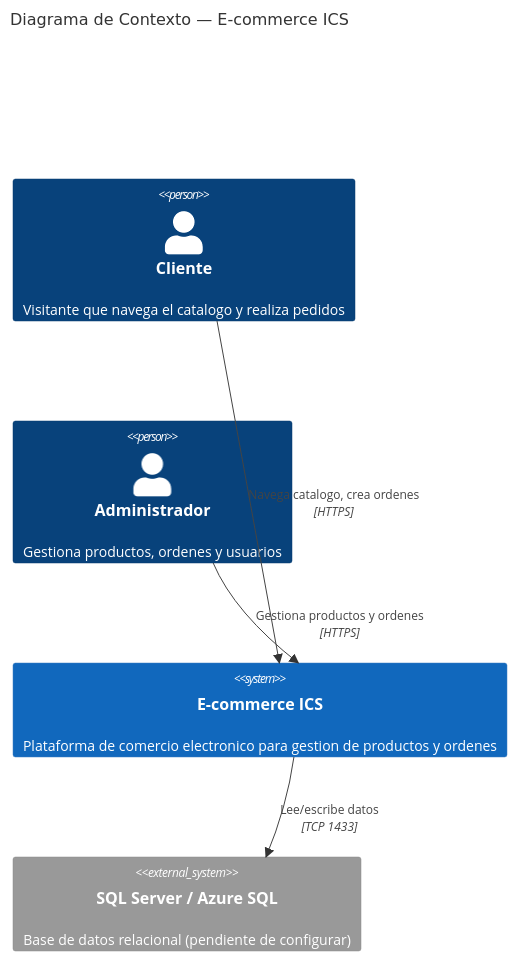
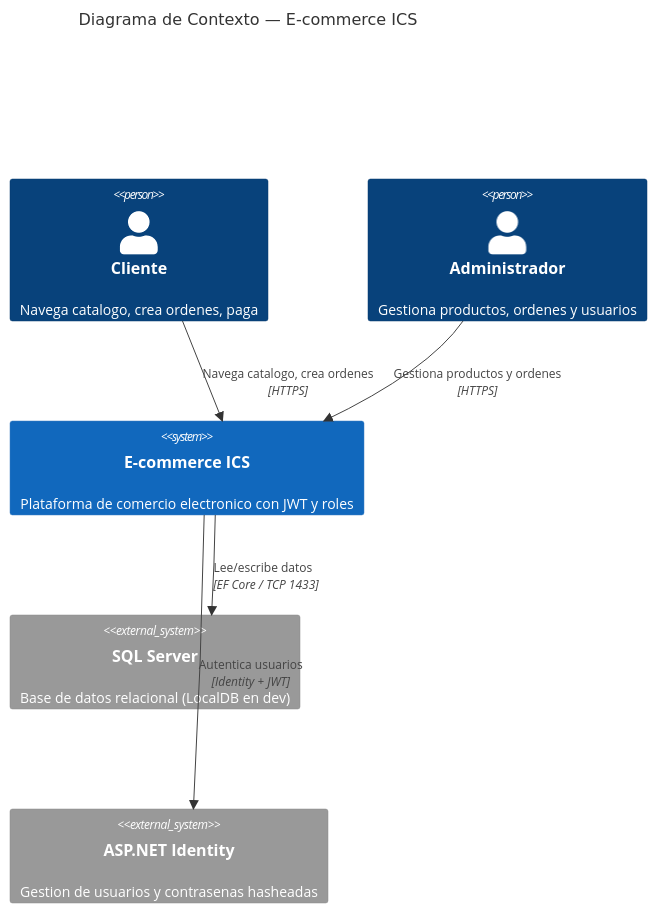
Before and after one commit to FT-Key/ICS_TPI2026: the first of 3 diagrams in TP1_Resuelto.md, drawn with Mermaid. The commit also changed other lines of this file and 2 other files, not shown here.

````diff
--- a/TP1_Resuelto.md
+++ b/TP1_Resuelto.md
@@ -11,15 +12,17 @@
 ```mermaid
 C4Context
     title Diagrama de Contexto — E-commerce ICS
 
-    Person(cliente, "Cliente", "Visitante que navega el catalogo y realiza pedidos")
+    Person(cliente, "Cliente", "Navega catalogo, crea ordenes, paga")
     Person(admin, "Administrador", "Gestiona productos, ordenes y usuarios")
 
-    System(ecommerce, "E-commerce ICS", "Plataforma de comercio electronico para gestion de productos y ordenes")
+    System(ecommerce, "E-commerce ICS", "Plataforma de comercio electronico con JWT y roles")
 
-    System_Ext(sqlserver, "SQL Server / Azure SQL", "Base de datos relacional (pendiente de configurar)")
+    System_Ext(sqlserver, "SQL Server", "Base de datos relacional (LocalDB en dev)")
+    System_Ext(identity, "ASP.NET Identity", "Gestion de usuarios y contrasenas hasheadas")
 
     Rel(cliente, ecommerce, "Navega catalogo, crea ordenes", "HTTPS")
     Rel(admin, ecommerce, "Gestiona productos y ordenes", "HTTPS")
-    Rel(ecommerce, sqlserver, "Lee/escribe datos", "TCP 1433")
+    Rel(ecommerce, sqlserver, "Lee/escribe datos", "EF Core / TCP 1433")
+    Rel(ecommerce, identity, "Autentica usuarios", "Identity + JWT")
 ```
````
